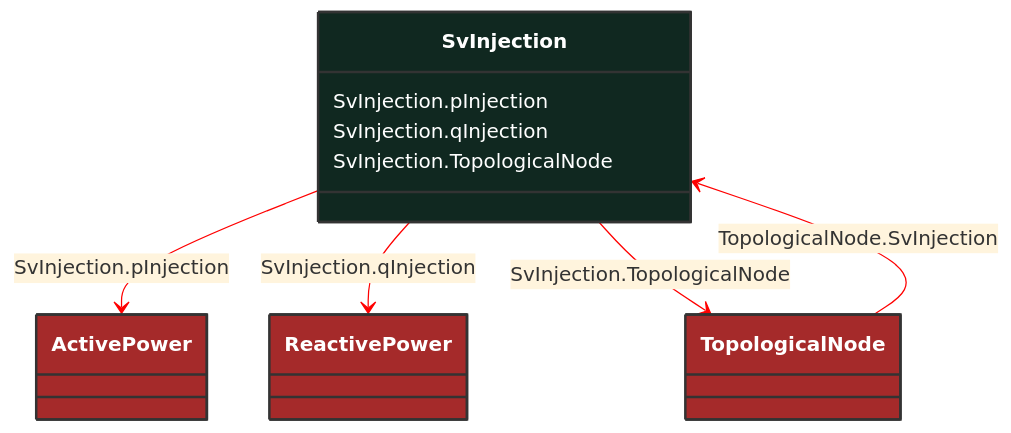
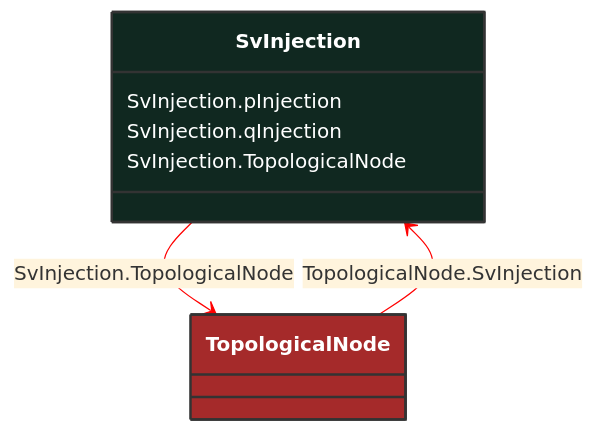
One commit to 3lbits/NoCIMExtensions changed the diagram in docs/Models/Profiles/StateVariables/ConcreteClasses/SvInjection.md. Above: the diagram before and after it, drawn with Mermaid. The commit also changed 397 other files, not shown here.

First line of the commit message:
Refactor CIM schemas to introduce abstract classes and consolidate data types

````diff
--- a/docs/Models/Profiles/StateVariables/ConcreteClasses/SvInjection.md
+++ b/docs/Models/Profiles/StateVariables/ConcreteClasses/SvInjection.md
@@ -8,34 +8,24 @@
 ```mermaid
 %%{init: {'theme':'base','themeVariables': {'lineColor': '#FF0000'}}}%%
 classDiagram
     class SvInjection
     click SvInjection href "/Models/Profiles/StateVariables/ConcreteClasses/SvInjection/"
     style SvInjection fill:#102820,stroke:#333,stroke-width:2px,rx:10,ry:10,color:white
 
-        SvInjection --> ActivePower : SvInjection.pInjection
-
-        ActivePower
-            click ActivePower href "/Models/Profiles/StateVariables/ConcreteClasses/ActivePower/"
-            style ActivePower fill:#A52A2A,stroke:#333,stroke-width:2px,rx:10,ry:10,color:white
-        SvInjection --> ReactivePower : SvInjection.qInjection
-
-        ReactivePower
-            click ReactivePower href "/Models/Profiles/StateVariables/ConcreteClasses/ReactivePower/"
-            style ReactivePower fill:#A52A2A,stroke:#333,stroke-width:2px,rx:10,ry:10,color:white
         SvInjection --> TopologicalNode : SvInjection.TopologicalNode
 
         TopologicalNode
             click TopologicalNode href "/Models/Profiles/StateVariables/ConcreteClasses/TopologicalNode/"
             style TopologicalNode fill:#A52A2A,stroke:#333,stroke-width:2px,rx:10,ry:10,color:white
 
         TopologicalNode --> SvInjection : TopologicalNode.SvInjection
 
         TopologicalNode
             click TopologicalNode href "/Models/Profiles/StateVariables/ConcreteClasses/TopologicalNode/"
             style TopologicalNode fill:#A52A2A,stroke:#333,stroke-width:2px,rx:10,ry:10,color:white
 
 
         SvInjection : SvInjection.pInjection
         SvInjection : SvInjection.qInjection
         SvInjection : SvInjection.TopologicalNode
 ```
````
